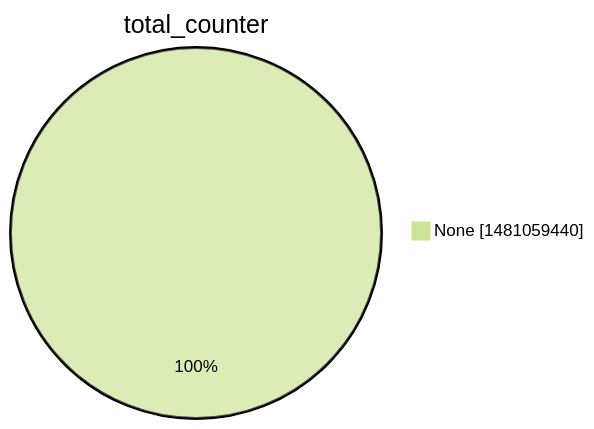
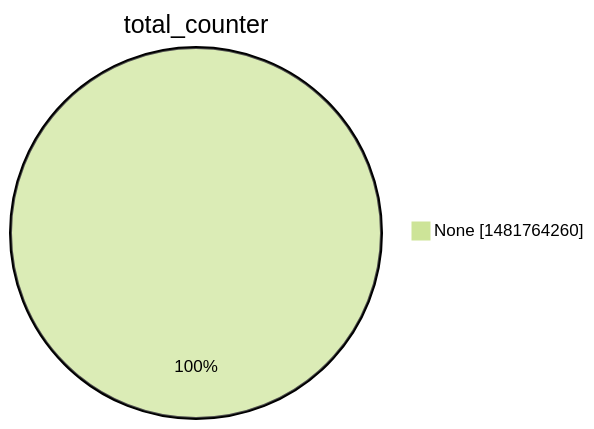
One commit to christiankrug/ctmonitor_visualization changed the second of 15 diagrams in argon2022/README.md. Above: the diagram before and after it, drawn with Mermaid (forest theme). The commit also changed other lines of this file, not shown here.

````diff
--- a/argon2022/README.md
+++ b/argon2022/README.md
@@ -9,5 +9,5 @@
 ```mermaid
 pie showData
 title total_counter
-"None" :1481059440
+"None" :1481764260
 ```
````
